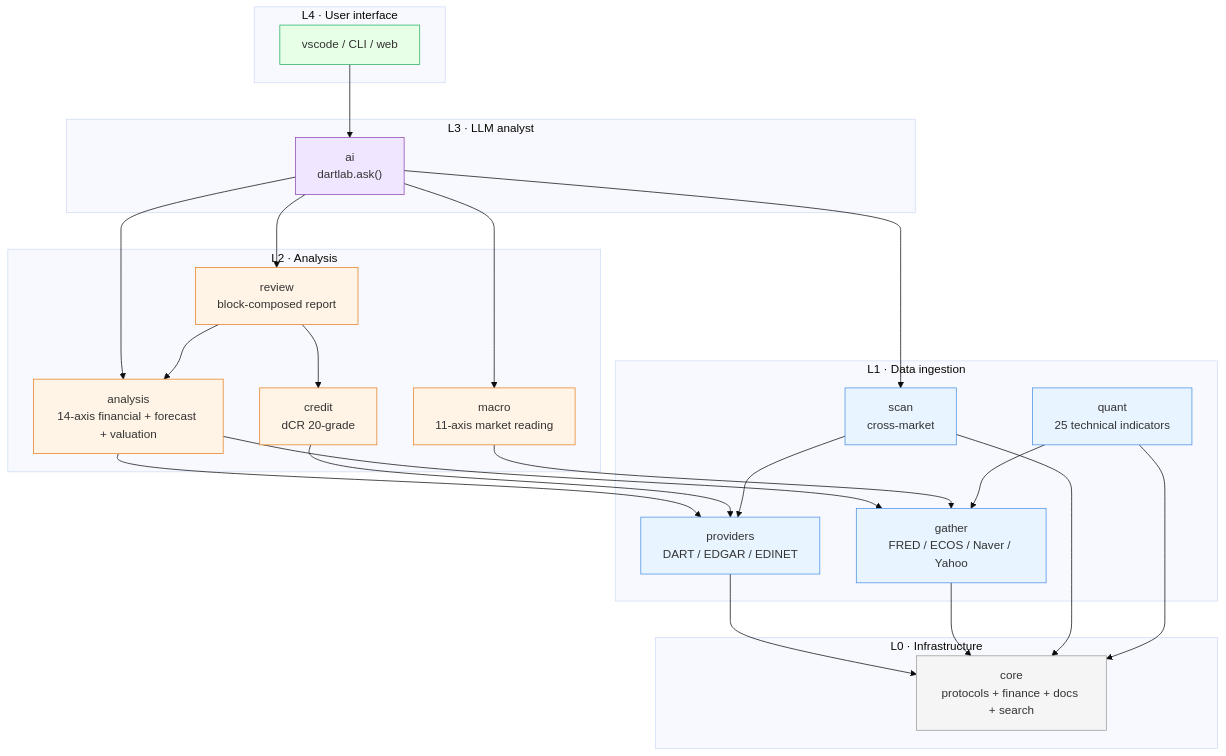
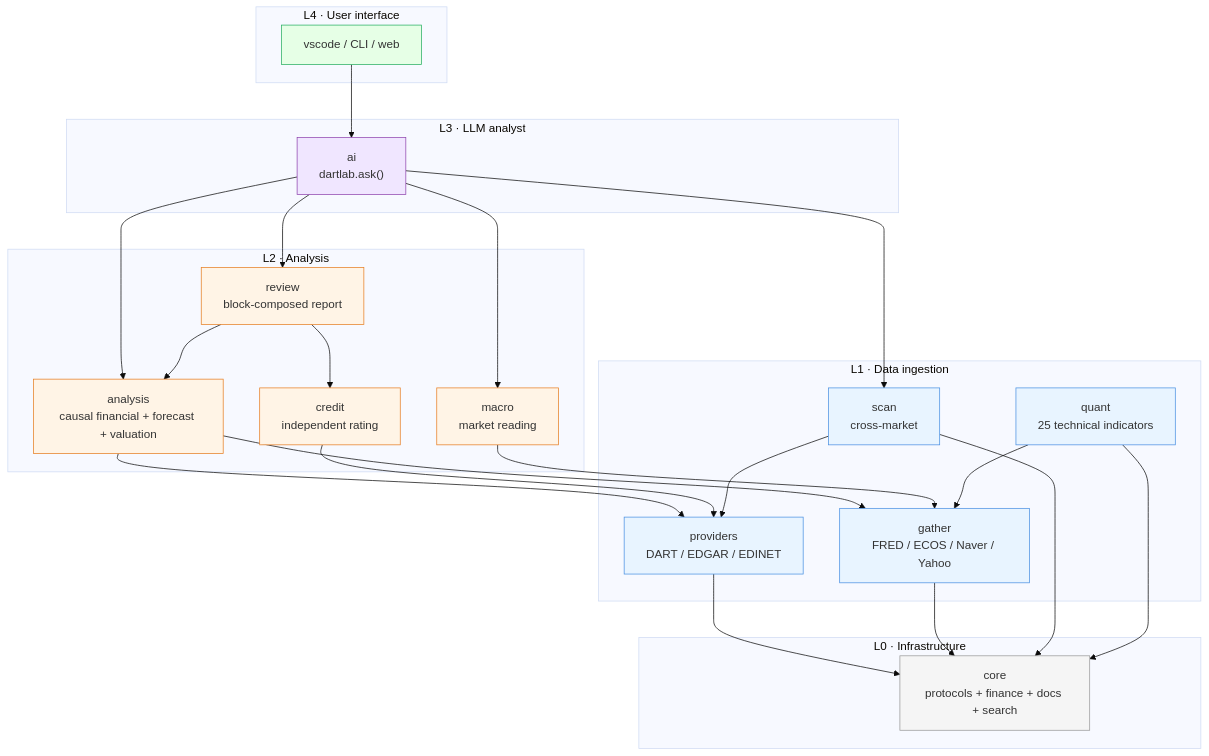
The diagram in README.md (zkznxk123-sys/dartlab), drawn with Mermaid (base theme) before and after one commit. The commit also changed other lines of this file and 36 other files, not shown here.

````diff
--- a/README.md
+++ b/README.md
@@ -249,53 +267,53 @@
 ```mermaid
 flowchart TB
     subgraph L4["L4 · User interface"]
         UI["vscode / CLI / web"]
     end
     subgraph L3["L3 · LLM analyst"]
         AI["ai<br/>dartlab.ask()"]
     end
     subgraph L2["L2 · Analysis"]
-        ANA["analysis<br/>14-axis financial + forecast + valuation"]
-        CRD["credit<br/>dCR 20-grade"]
-        MAC["macro<br/>11-axis market reading"]
+        ANA["analysis<br/>causal financial + forecast + valuation"]
+        CRD["credit<br/>independent rating"]
+        MAC["macro<br/>market reading"]
         REV["review<br/>block-composed report"]
     end
     subgraph L1["L1 · Data ingestion"]
         PRV["providers<br/>DART / EDGAR / EDINET"]
         GAT["gather<br/>FRED / ECOS / Naver / Yahoo"]
         SCN["scan<br/>cross-market"]
         QNT["quant<br/>25 technical indicators"]
     end
     subgraph L0["L0 · Infrastructure"]
         CORE["core<br/>protocols + finance + docs + search"]
     end
 
     UI --> AI
     AI --> REV
     AI --> ANA
     AI --> MAC
     AI --> SCN
     REV --> ANA
     REV --> CRD
     ANA --> PRV
     ANA --> GAT
     CRD --> PRV
     MAC --> GAT
     SCN --> PRV
     QNT --> GAT
     PRV --> CORE
     GAT --> CORE
     SCN --> CORE
     QNT --> CORE
 
     classDef l0 fill:#f5f5f5,stroke:#999
     classDef l1 fill:#e8f4ff,stroke:#4a90e2
     classDef l2 fill:#fff4e6,stroke:#e67e22
     classDef l3 fill:#f0e6ff,stroke:#8e44ad
     classDef l4 fill:#e6ffe6,stroke:#27ae60
     class CORE l0
     class PRV,GAT,SCN,QNT l1
     class ANA,CRD,MAC,REV l2
     class AI l3
     class UI l4
 ```
````
